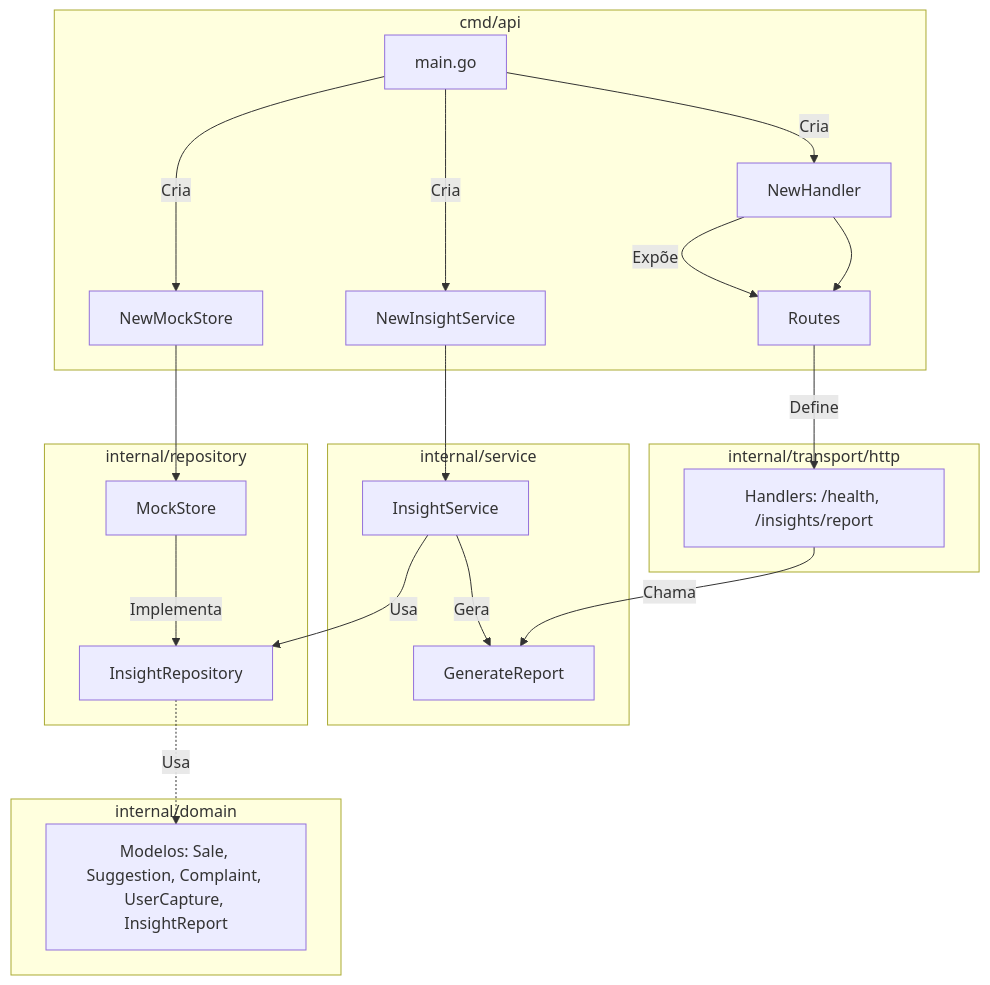
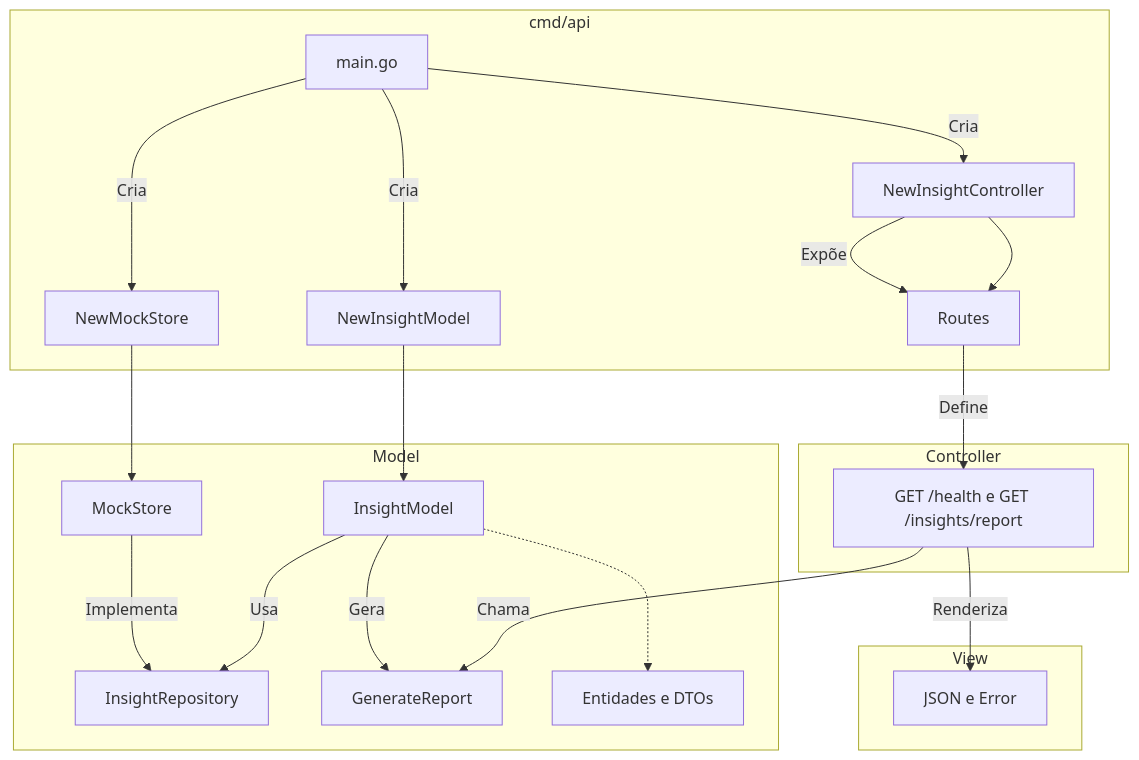
Before and after one commit to victorlavila/Insights-API: the diagram in Area_de_trabalho/api_insights/README.md, drawn with Mermaid. The commit also changed other lines of this file and 12 other files, not shown here.

````diff
--- a/Area_de_trabalho/api_insights/README.md
+++ b/Area_de_trabalho/api_insights/README.md
@@ -15,26 +14,25 @@
 ```mermaid
 graph TD
 	subgraph cmd/api
 		A[main.go] -->|Cria| B[NewMockStore]
-		A -->|Cria| C[NewInsightService]
-		A -->|Cria| D[NewHandler]
+		A -->|Cria| C[NewInsightModel]
+		A -->|Cria| D[NewInsightController]
 		D -->|Expõe| E[Routes]
 	end
-	subgraph internal/repository
+	subgraph Model
 		B[NewMockStore] --> F[MockStore]
 		F -->|Implementa| G[InsightRepository]
-	end
-	subgraph internal/service
-		C[NewInsightService] --> H[InsightService]
+		C[NewInsightModel] --> H[InsightModel]
 		H -->|Usa| G
 		H -->|Gera| I[GenerateReport]
+		H -.-> J[Entidades e DTOs]
 	end
-	subgraph internal/domain
-		G -.->|Usa| J[Modelos: Sale, Suggestion, Complaint, UserCapture, InsightReport]
-	end
-	subgraph internal/transport/http
-		D[NewHandler] --> E[Routes]
-		E -->|Define| K[Handlers: /health, /insights/report]
+	subgraph Controller
+		D[NewInsightController] --> E[Routes]
+		E -->|Define| K[GET /health e GET /insights/report]
 		K -->|Chama| I
 	end
+	subgraph View
+		K -->|Renderiza| L[JSON e Error]
+	end
 ```
````
